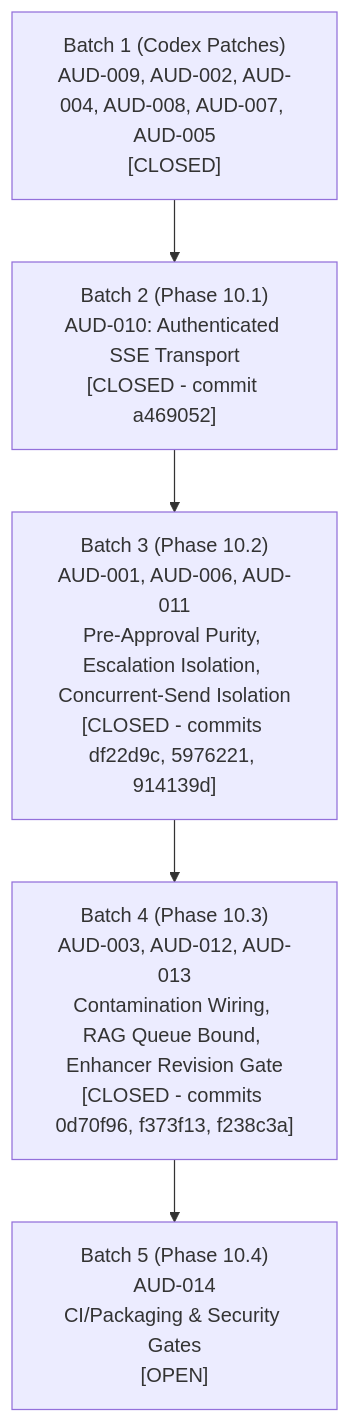
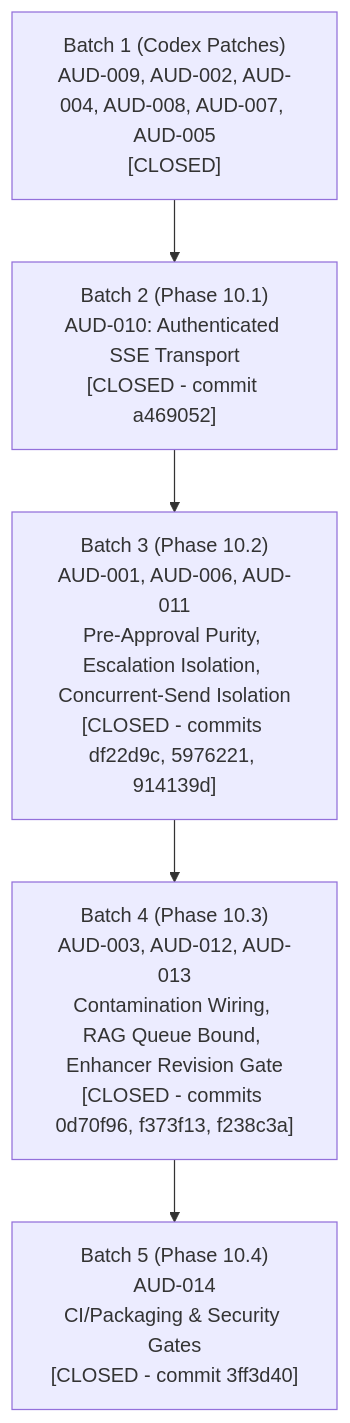
The diagram in docs/audit/FIX_PLAN.md (Roopesh-kosuri/Code-OS), drawn with Mermaid before and after one commit. The commit also changed other lines of this file and 1 other file, not shown here.

Commit message:
docs(audit): close AUD-014 in register; complete Phase 10.4 and all 14 audit findings

````diff
--- a/docs/audit/FIX_PLAN.md
+++ b/docs/audit/FIX_PLAN.md
@@ -10,7 +10,7 @@
 ```mermaid
 graph TD
     B1["Batch 1 (Codex Patches)<br/>AUD-009, AUD-002, AUD-004, AUD-008, AUD-007, AUD-005<br/>[CLOSED]"] --> B2["Batch 2 (Phase 10.1)<br/>AUD-010: Authenticated SSE Transport<br/>[CLOSED - commit a469052]"]
     B2 --> B3["Batch 3 (Phase 10.2)<br/>AUD-001, AUD-006, AUD-011<br/>Pre-Approval Purity, Escalation Isolation, Concurrent-Send Isolation<br/>[CLOSED - commits df22d9c, 5976221, 914139d]"]
     B3 --> B4["Batch 4 (Phase 10.3)<br/>AUD-003, AUD-012, AUD-013<br/>Contamination Wiring, RAG Queue Bound, Enhancer Revision Gate<br/>[CLOSED - commits 0d70f96, f373f13, f238c3a]"]
-    B4 --> B5["Batch 5 (Phase 10.4)<br/>AUD-014<br/>CI/Packaging & Security Gates<br/>[OPEN]"]
+    B4 --> B5["Batch 5 (Phase 10.4)<br/>AUD-014<br/>CI/Packaging & Security Gates<br/>[CLOSED - commit 3ff3d40]"]
 ```
````
